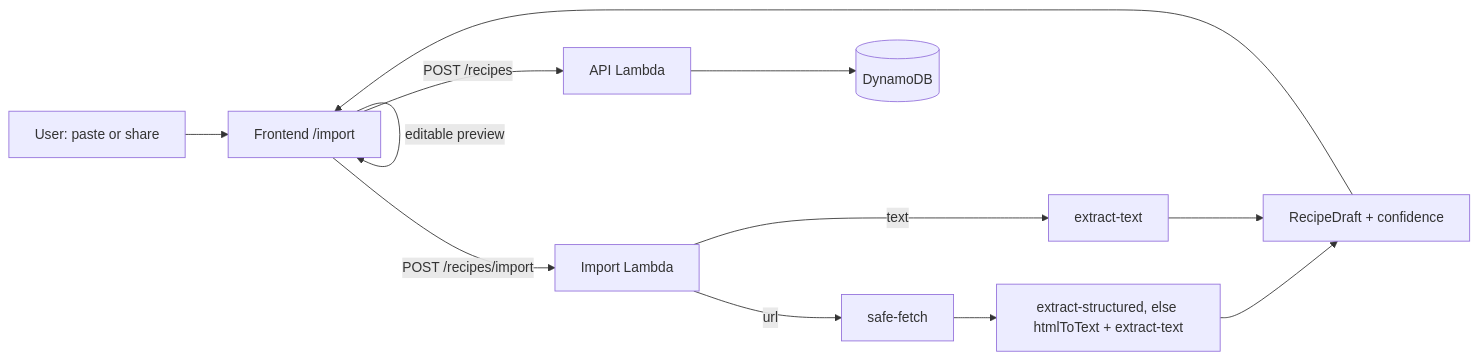
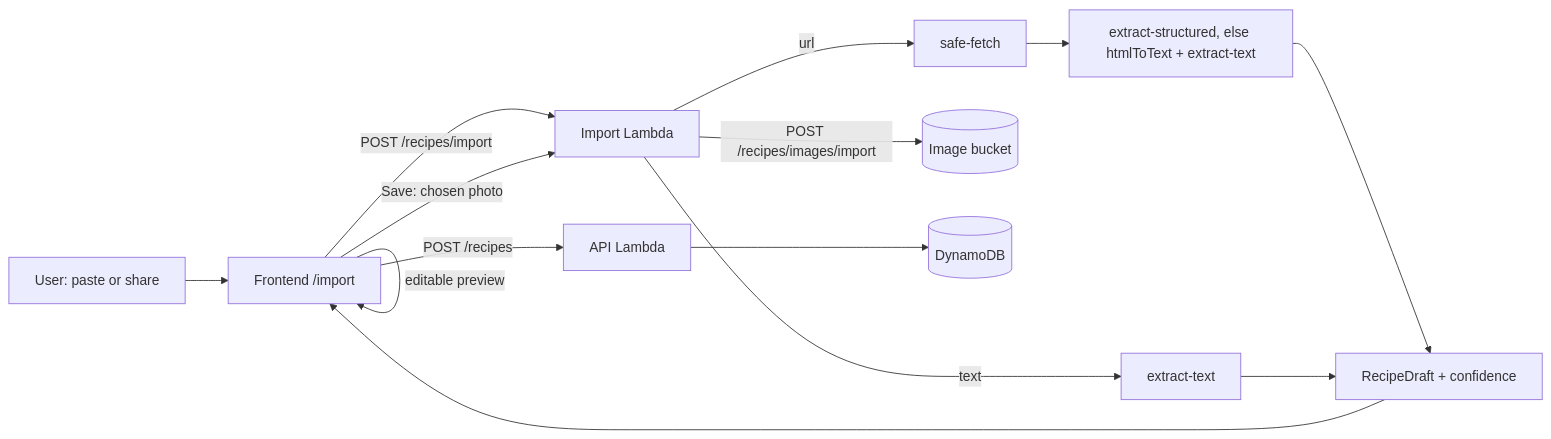
Before and after one commit to BlueFin605/Nabbit: the diagram in SYSDOC.md, drawn with Mermaid. The commit also changed other lines of this file and 3 other files, not shown here.

````diff
--- a/SYSDOC.md
+++ b/SYSDOC.md
@@ -23,12 +23,14 @@
 ```mermaid
 flowchart LR
   U[User: paste or share] --> F[Frontend /import]
   F -->|POST /recipes/import| I[Import Lambda]
   I -->|url| SF[safe-fetch] --> EX[extract-structured, else htmlToText + extract-text]
   I -->|text| EX2[extract-text]
   EX --> D[RecipeDraft + confidence]
   EX2 --> D
   D --> F
   F -->|editable preview| F
+  F -->|Save: chosen photo| I
+  I -->|POST /recipes/images/import| S3[(Image bucket)]
   F -->|POST /recipes| A[API Lambda] --> DB[(DynamoDB)]
 ```
````
